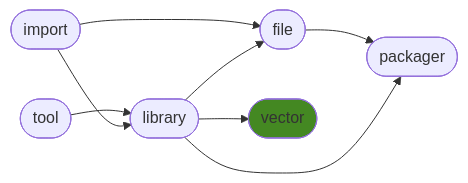
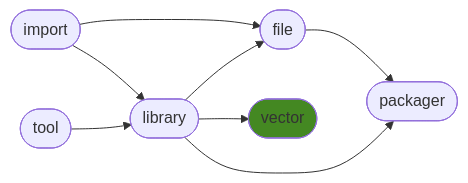
Before and after one commit to ManderaGeneral/generalvector: the diagram in README.md, drawn with Mermaid. The commit also changed other lines of this file, not shown here.

````diff
--- a/README.md
+++ b/README.md
@@ -24,17 +24,17 @@
 ```mermaid
 flowchart LR
+0([import]) --> 2([library])
+0([import]) --> 3([file])
 1([tool]) --> 2([library])
+2([library]) --> 3([file])
+3([file]) --> 5([packager])
 2([library]) --> 4([vector])
-3([file]) --> 5([packager])
-0([import]) --> 3([file])
-0([import]) --> 2([library])
 2([library]) --> 5([packager])
-2([library]) --> 3([file])
 click 0 "https://github.com/ManderaGeneral/generalimport"
 click 1 "https://github.com/ManderaGeneral/generaltool"
 click 2 "https://github.com/ManderaGeneral/generallibrary"
 click 3 "https://github.com/ManderaGeneral/generalfile"
 click 4 "https://github.com/ManderaGeneral/generalvector"
 click 5 "https://github.com/ManderaGeneral/generalpackager"
 style 4 fill:#482
 ```
````
